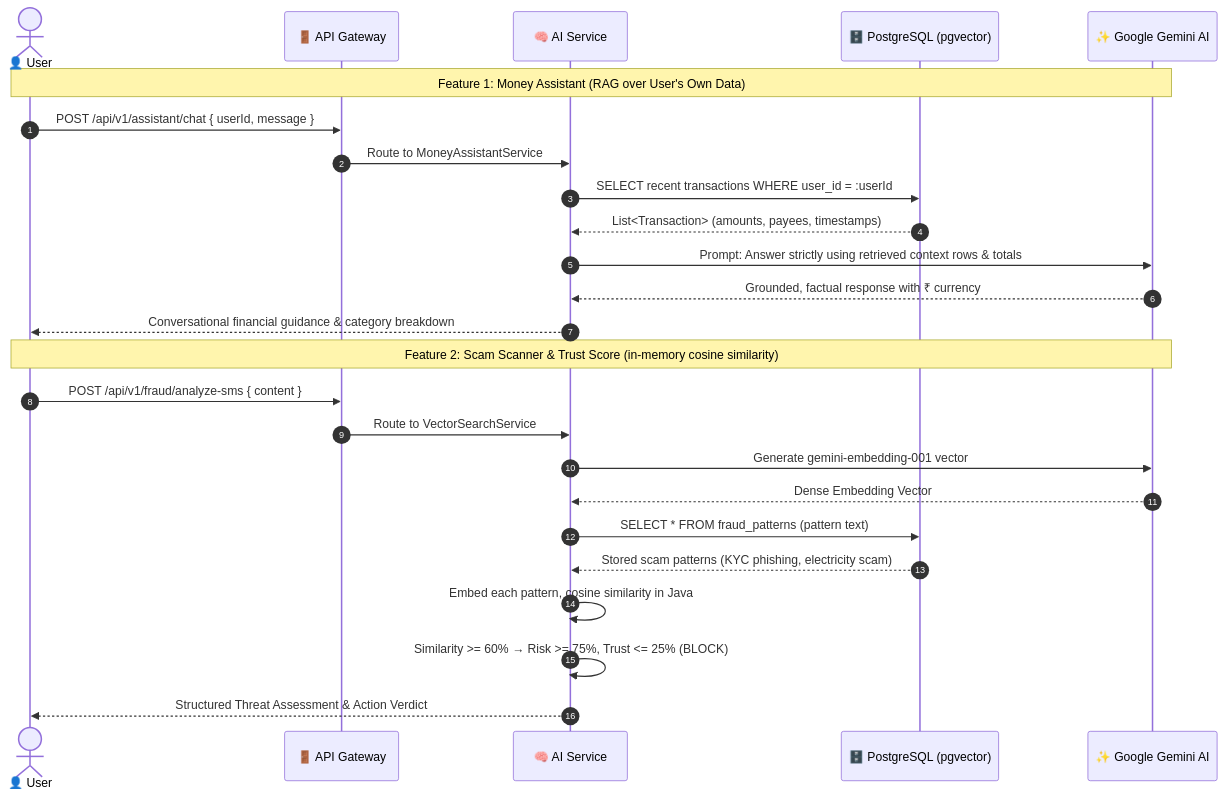
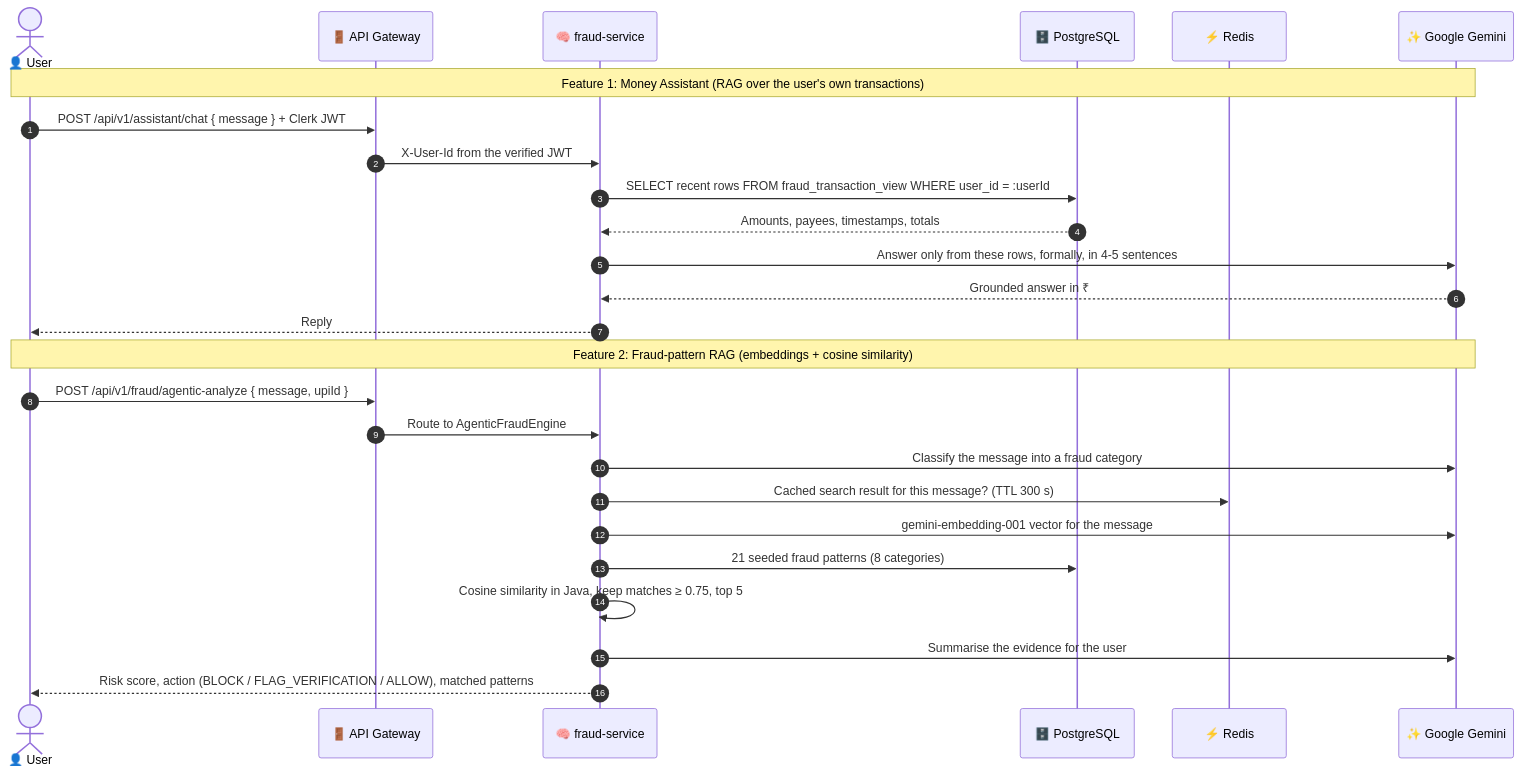
The second of 2 diagrams in README.md (pavansaiambala7/safepe), drawn with Mermaid before and after one commit. The commit also changed other lines of this file and 2 other files, not shown here.

````diff
--- a/README.md
+++ b/README.md
@@ -104,29 +105,30 @@
 ```mermaid
 sequenceDiagram
     autonumber
     actor User as 👤 User
     participant GW as 🚪 API Gateway
-    participant AI as 🧠 AI Service
-    participant PGV as 🗄️ PostgreSQL (pgvector)
-    participant GEMINI as ✨ Google Gemini AI
+    participant AI as 🧠 fraud-service
+    participant PG as 🗄️ PostgreSQL
+    participant RD as ⚡ Redis
+    participant GEMINI as ✨ Google Gemini
 
-    Note over User,GEMINI: Feature 1: Money Assistant (RAG over User's Own Data)
-    User->>GW: POST /api/v1/assistant/chat { userId, message }
-    GW->>AI: Route to MoneyAssistantService
-    AI->>PGV: SELECT recent transactions WHERE user_id = :userId
-    PGV-->>AI: List<Transaction> (amounts, payees, timestamps)
-    AI->>GEMINI: Prompt: Answer strictly using retrieved context rows & totals
-    GEMINI-->>AI: Grounded, factual response with ₹ currency
-    AI-->>User: Conversational financial guidance & category breakdown
+    Note over User,GEMINI: Feature 1: Money Assistant (RAG over the user's own transactions)
+    User->>GW: POST /api/v1/assistant/chat { message } + Clerk JWT
+    GW->>AI: X-User-Id from the verified JWT
+    AI->>PG: SELECT recent rows FROM fraud_transaction_view WHERE user_id = :userId
+    PG-->>AI: Amounts, payees, timestamps, totals
+    AI->>GEMINI: Answer only from these rows, formally, in 4-5 sentences
+    GEMINI-->>AI: Grounded answer in ₹
+    AI-->>User: Reply
 
-    Note over User,GEMINI: Feature 2: Scam Scanner & Trust Score (in-memory cosine similarity)
-    User->>GW: POST /api/v1/fraud/analyze-sms { content }
-    GW->>AI: Route to VectorSearchService
-    AI->>GEMINI: Generate gemini-embedding-001 vector
-    GEMINI-->>AI: Dense Embedding Vector
-    AI->>PGV: SELECT * FROM fraud_patterns (pattern text)
-    PGV-->>AI: Stored scam patterns (KYC phishing, electricity scam)
-    AI->>AI: Embed each pattern, cosine similarity in Java
-    AI->>AI: Similarity >= 60% → Risk >= 75%, Trust <= 25% (BLOCK)
-    AI-->>User: Structured Threat Assessment & Action Verdict
+    Note over User,GEMINI: Feature 2: Fraud-pattern RAG (embeddings + cosine similarity)
+    User->>GW: POST /api/v1/fraud/agentic-analyze { message, upiId }
+    GW->>AI: Route to AgenticFraudEngine
+    AI->>GEMINI: Classify the message into a fraud category
+    AI->>RD: Cached search result for this message? (TTL 300 s)
+    AI->>GEMINI: gemini-embedding-001 vector for the message
+    AI->>PG: 21 seeded fraud patterns (8 categories)
+    AI->>AI: Cosine similarity in Java, keep matches ≥ 0.75, top 5
+    AI->>GEMINI: Summarise the evidence for the user
+    AI-->>User: Risk score, action (BLOCK / FLAG_VERIFICATION / ALLOW), matched patterns
 ```
````
